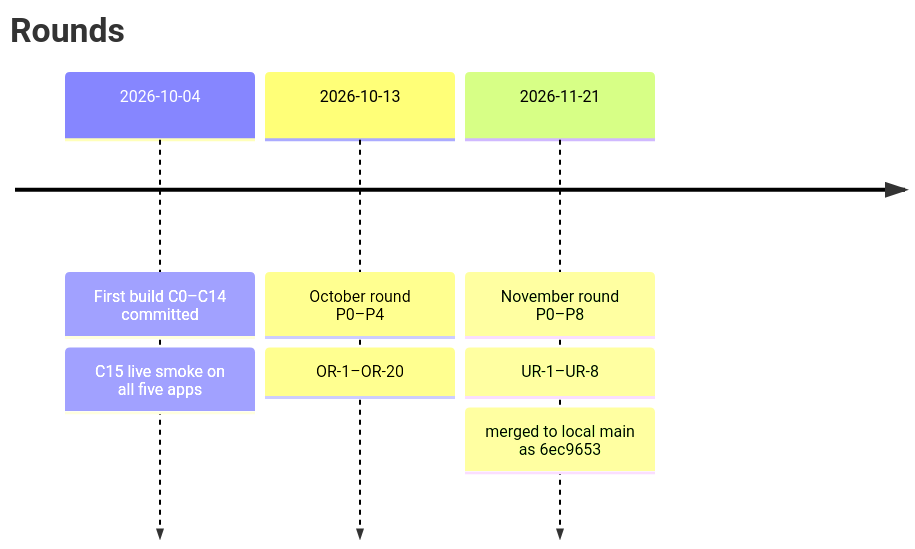
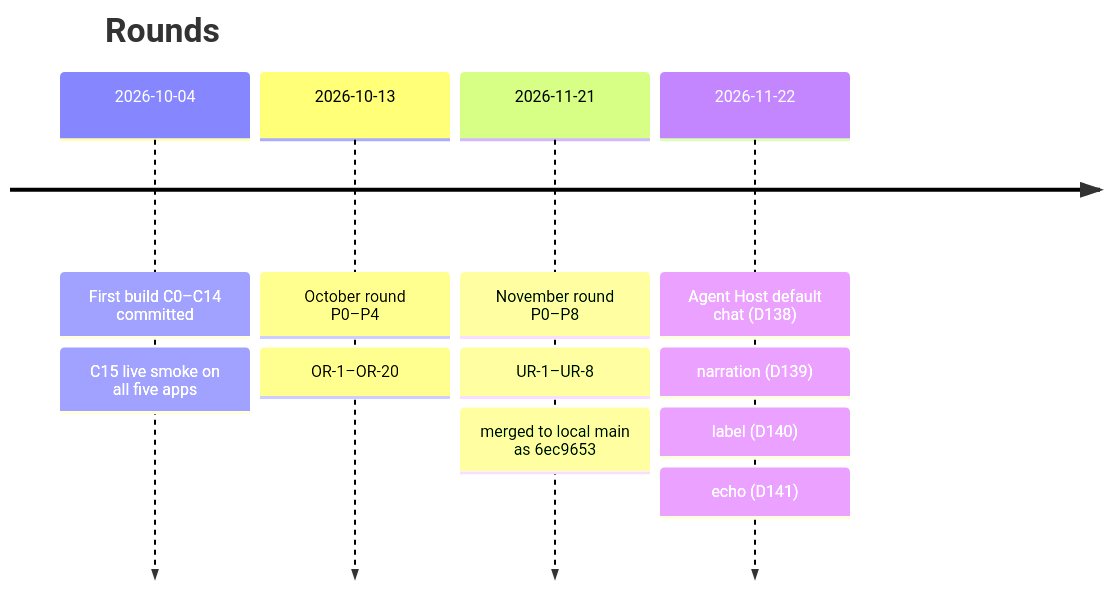
The diagram in TODO.md (cyberquill/agent-relay), drawn with Mermaid before and after one commit. The commit also changed other lines of this file, not shown here.

````diff
--- a/TODO.md
+++ b/TODO.md
@@ -14,7 +14,8 @@
 ```mermaid
 timeline
     title Rounds
     2026-10-04 : First build C0–C14 committed : C15 live smoke on all five apps
     2026-10-13 : October round P0–P4 : OR-1–OR-20
     2026-11-21 : November round P0–P8 : UR-1–UR-8 : merged to local main as 6ec9653
+    2026-11-22 : Agent Host default chat (D138) : narration (D139) : label (D140) : echo (D141)
 ```
````
